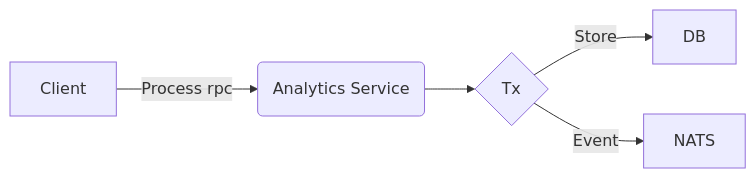
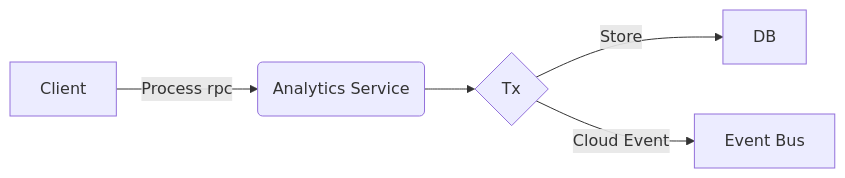
The diagram in README.md (VinceDeslo/dual-writes), drawn with Mermaid before and after one commit. The commit also changed other lines of this file and 5 other files, not shown here.

````diff
--- a/README.md
+++ b/README.md
@@ -7,7 +8,7 @@
 ```mermaid
 flowchart LR
     A[Client] -->|Process rpc| B(Analytics Service)
     B --> C{Tx}
     C -->|Store| D[DB]
-    C -->|Event| E[NATS]
+    C -->|Cloud Event| E[Event Bus]
 ```
````
